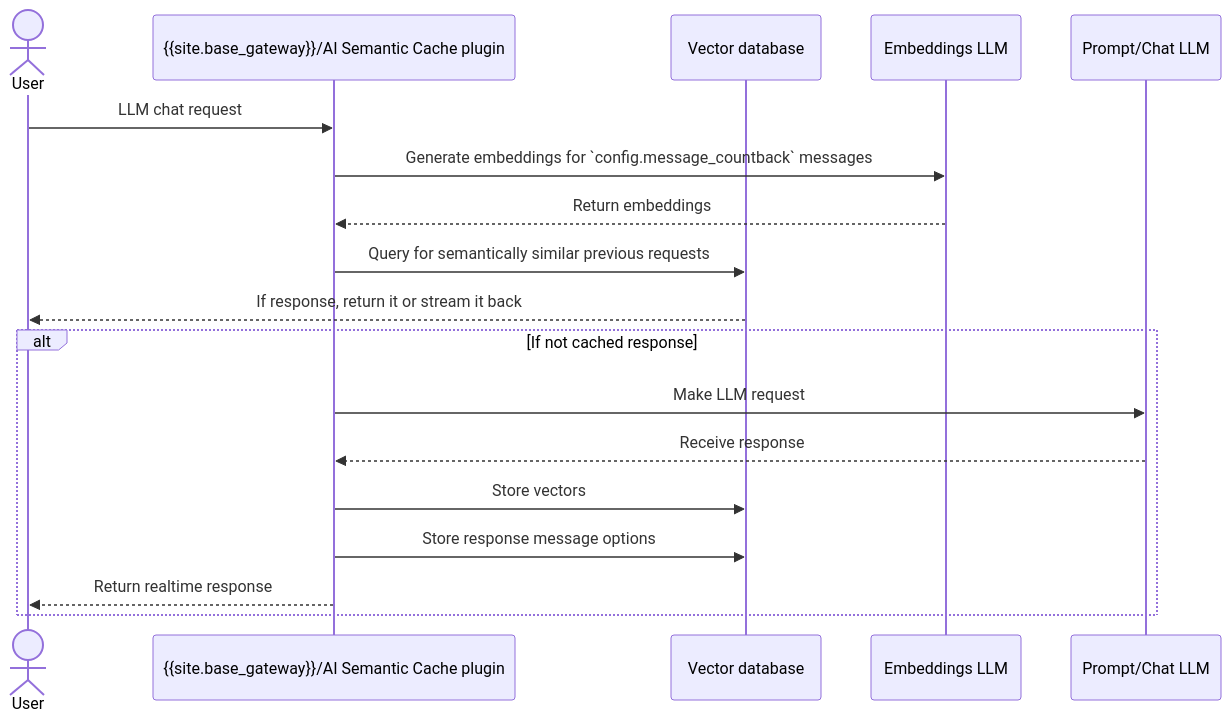
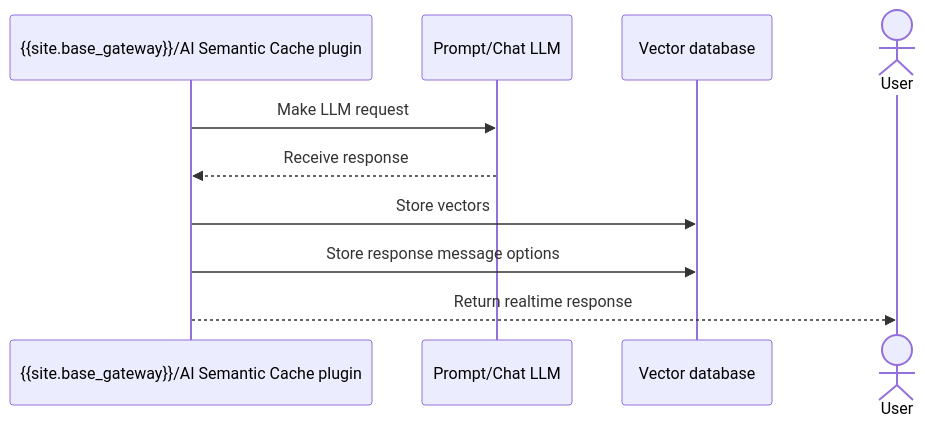
One commit to Kong/docs.konghq.com changed the third of 3 diagrams in app/_hub/kong-inc/ai-semantic-cache/overview/_index.md. Above: the diagram before and after it, drawn with Mermaid. The commit also changed other lines of this file, not shown here.

Commit message:
Fix diagram sizing and remove doc links to nothing

```diff
--- a/app/_hub/kong-inc/ai-semantic-cache/overview/_index.md
+++ b/app/_hub/kong-inc/ai-semantic-cache/overview/_index.md
@@ -21,21 +49,13 @@
 {% mermaid %}
 sequenceDiagram
+    participant {{site.base_gateway}}/AI Semantic Cache plugin
+    participant Prompt/Chat LLM
+    participant Vector database
     actor User
-    participant {{site.base_gateway}}/AI Semantic Cache plugin
-    participant Vector database
-    participant Embeddings LLM
-    participant Prompt/Chat LLM
 
-    User->>{{site.base_gateway}}/AI Semantic Cache plugin: LLM chat request
-    {{site.base_gateway}}/AI Semantic Cache plugin->>Embeddings LLM: Generate embeddings for `config.message_countback` messages
-    Embeddings LLM-->>{{site.base_gateway}}/AI Semantic Cache plugin: Return embeddings
-    {{site.base_gateway}}/AI Semantic Cache plugin->>Vector database: Query for semantically similar previous requests
-    Vector database-->>User: If response, return it or stream it back
-    alt If not cached response
-        {{site.base_gateway}}/AI Semantic Cache plugin->>Prompt/Chat LLM: Make LLM request
-        Prompt/Chat LLM-->>{{site.base_gateway}}/AI Semantic Cache plugin: Receive response
-        {{site.base_gateway}}/AI Semantic Cache plugin->>Vector database: Store vectors
-        {{site.base_gateway}}/AI Semantic Cache plugin->>Vector database: Store response message options
-        {{site.base_gateway}}/AI Semantic Cache plugin-->>User: Return realtime response
-    end
+    {{site.base_gateway}}/AI Semantic Cache plugin->>Prompt/Chat LLM: Make LLM request
+    Prompt/Chat LLM-->>{{site.base_gateway}}/AI Semantic Cache plugin: Receive response
+    {{site.base_gateway}}/AI Semantic Cache plugin->>Vector database: Store vectors
+    {{site.base_gateway}}/AI Semantic Cache plugin->>Vector database: Store response message options
+    {{site.base_gateway}}/AI Semantic Cache plugin-->>User: Return realtime response
 {% endmermaid %}
```
